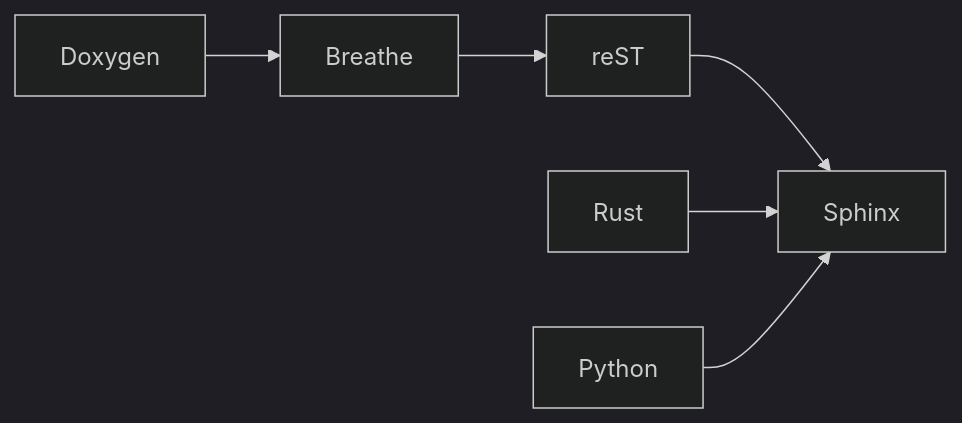
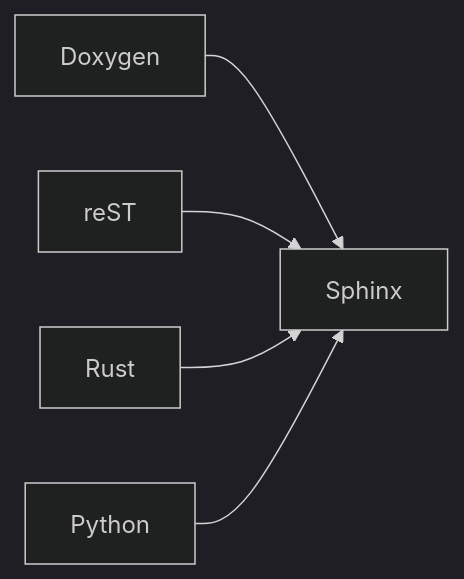
The diagram in docs/sphinx/contributing/docs/build.rst (chromium-full-mirror/chromiumos_third_party_pigweed_pigweed), drawn with Mermaid (dark theme) before and after one commit. The commit also changed other lines of this file and 4 other files, not shown here.

```diff
--- a/docs/sphinx/contributing/docs/build.rst
+++ b/docs/sphinx/contributing/docs/build.rst
@@ -413,9 +413,8 @@
 .. mermaid::
 
    flowchart LR
 
-     Doxygen --> Breathe
-     Breathe --> reST
+     Doxygen --> Sphinx
      reST --> Sphinx
      Rust --> Sphinx
      Python --> Sphinx
```
